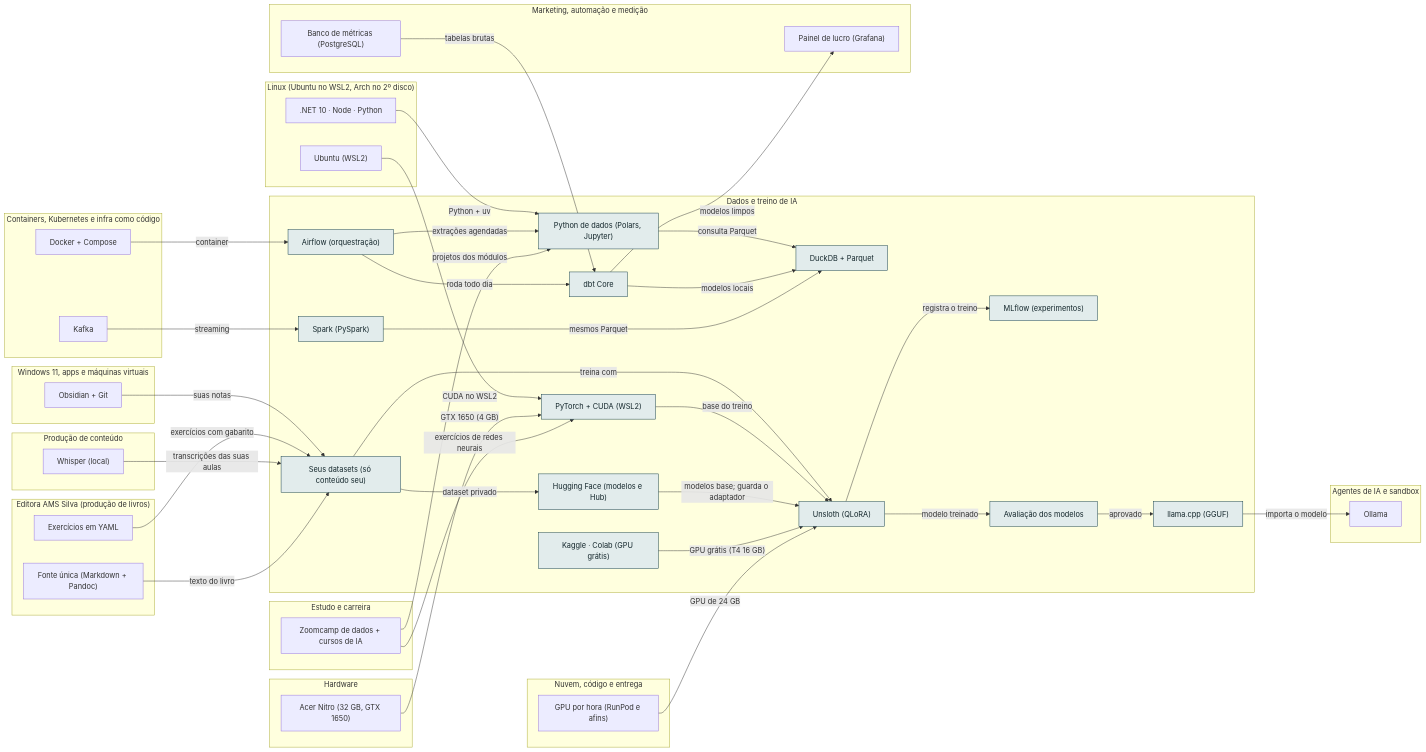
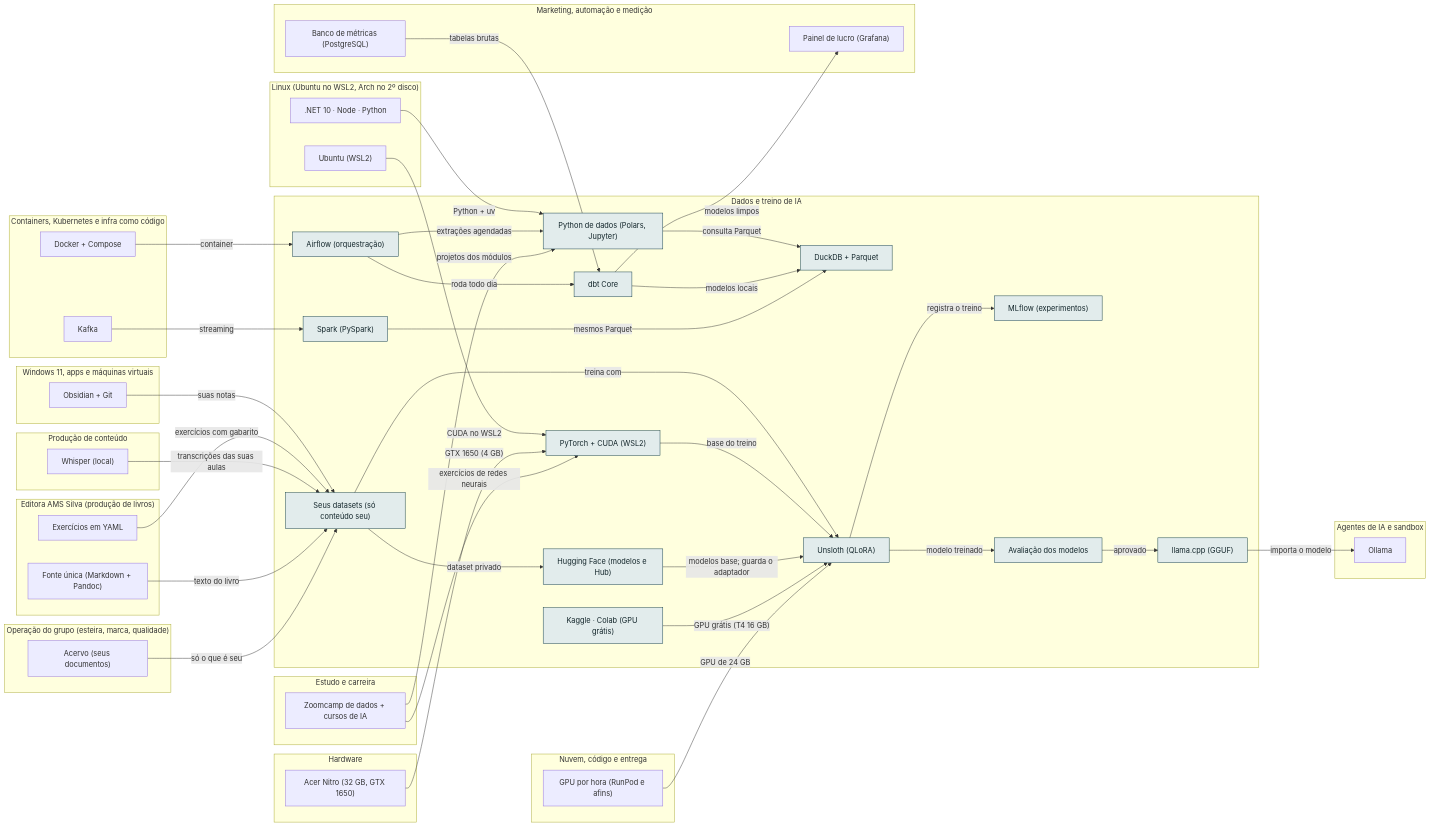
The diagram in docs/camadas/06-dados.md (AlanMateus17/dev-setup), drawn with Mermaid before and after one commit. The commit also changed other lines of this file and 28 other files, not shown here.

First line of the commit message:
feat(acervo): documentos viram conhecimento e produtos; filtro do que dá para fazer hoje

```diff
--- a/docs/camadas/06-dados.md
+++ b/docs/camadas/06-dados.md
@@ -27,6 +27,9 @@
     n_mlflow["MLflow (experimentos)"]
     n_evals["Avaliação dos modelos"]
     n_gguf["llama.cpp (GGUF)"]
+  end
+  subgraph L_oper["Operação do grupo (esteira, marca, qualidade)"]
+    n_acv["Acervo (seus documentos)"]
   end
   subgraph L_mkt["Marketing, automação e medição"]
     n_metrics["Banco de métricas (PostgreSQL)"]
@@ -79,6 +82,7 @@
   n_exyaml -->|"exercícios com gabarito"| n_dset
   n_whis -->|"transcrições das suas aulas"| n_dset
   n_fonte -->|"texto do livro"| n_dset
+  n_acv -->|"só o que é seu"| n_dset
   n_torch -->|"base do treino"| n_unsl
   n_wsl -->|"CUDA no WSL2"| n_torch
   n_nb -->|"GTX 1650 (4 GB)"| n_torch
```
